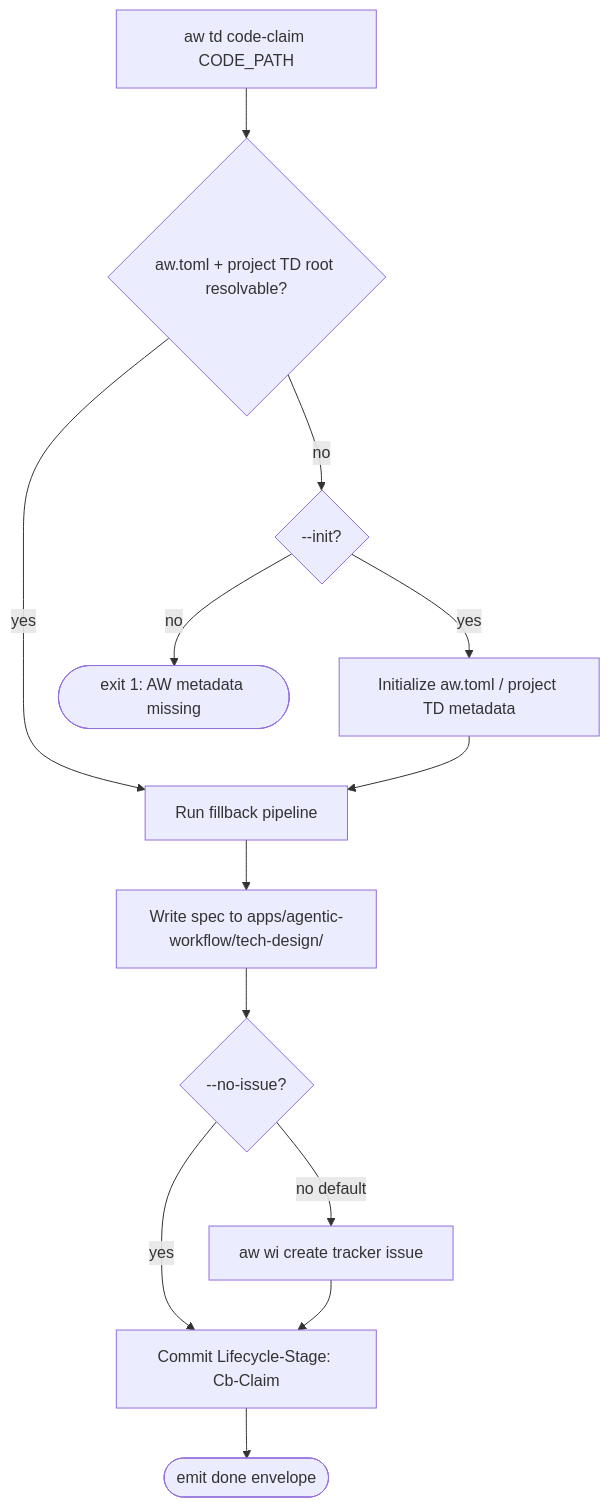
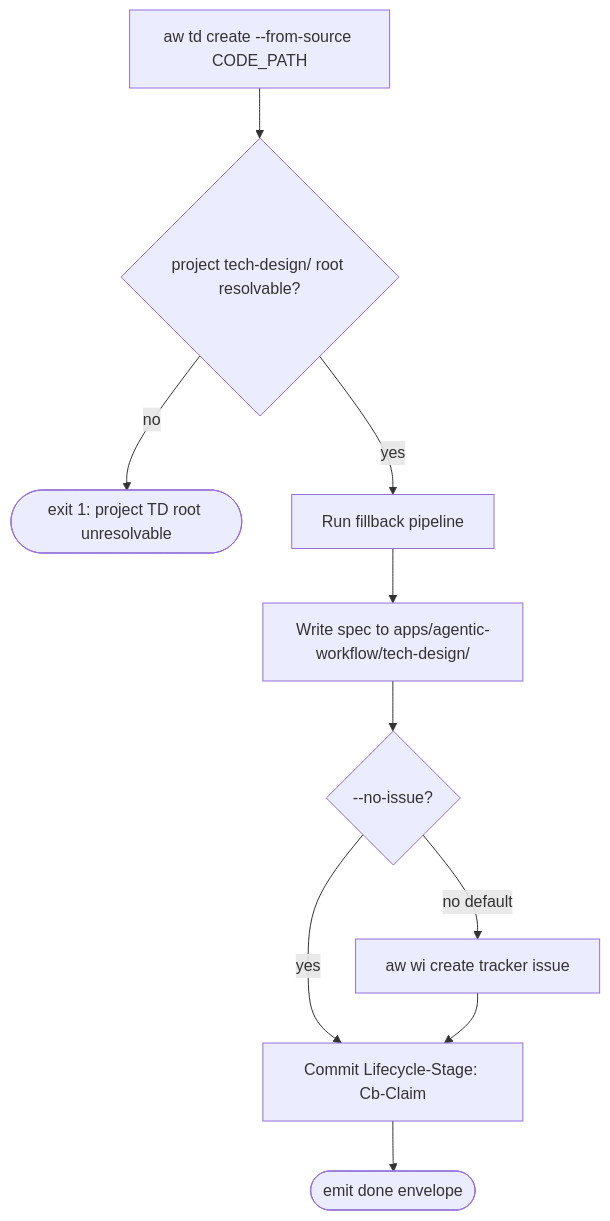
Before and after one commit to chrischeng-c4/axiom: the diagram in apps/agentic-workflow/templates/cli/mainthread/skills/aw-cb-claim/SKILL.md, drawn with Mermaid. The commit also changed other lines of this file and 20 other files, not shown here.

````diff
--- a/apps/agentic-workflow/templates/cli/mainthread/skills/aw-cb-claim/SKILL.md
+++ b/apps/agentic-workflow/templates/cli/mainthread/skills/aw-cb-claim/SKILL.md
@@ -33,15 +37,12 @@
 ```mermaid
 flowchart TB
-    Start[aw td code-claim CODE_PATH] --> AW{aw.toml + project TD root resolvable?}
-    AW -- no --> Init{--init?}
-    Init -- yes --> CreateAw[Initialize aw.toml / project TD metadata]
-    Init -- no --> Err1([exit 1: AW metadata missing])
-    AW -- yes --> Fill
-    CreateAw --> Fill[Run fillback pipeline]
+    Start[aw td create --from-source CODE_PATH] --> AW{project tech-design/ root resolvable?}
+    AW -- no --> Err1([exit 1: project TD root unresolvable])
+    AW -- yes --> Fill[Run fillback pipeline]
     Fill --> Spec[Write spec to apps/agentic-workflow/tech-design/]
     Spec --> Issue{--no-issue?}
     Issue -- no default --> CreateIssue[aw wi create tracker issue]
     Issue -- yes --> Trail
     CreateIssue --> Trail[Commit Lifecycle-Stage: Cb-Claim]
     Trail --> Done([emit done envelope])
 ```
````
